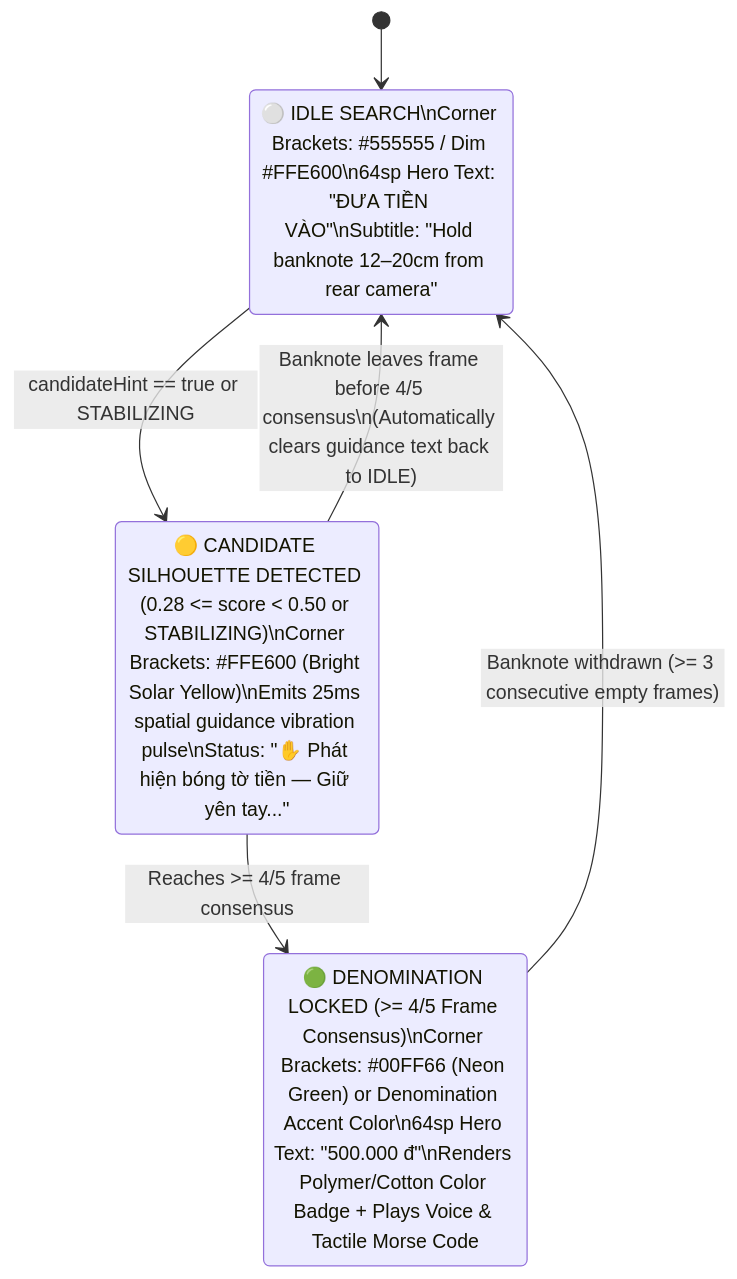
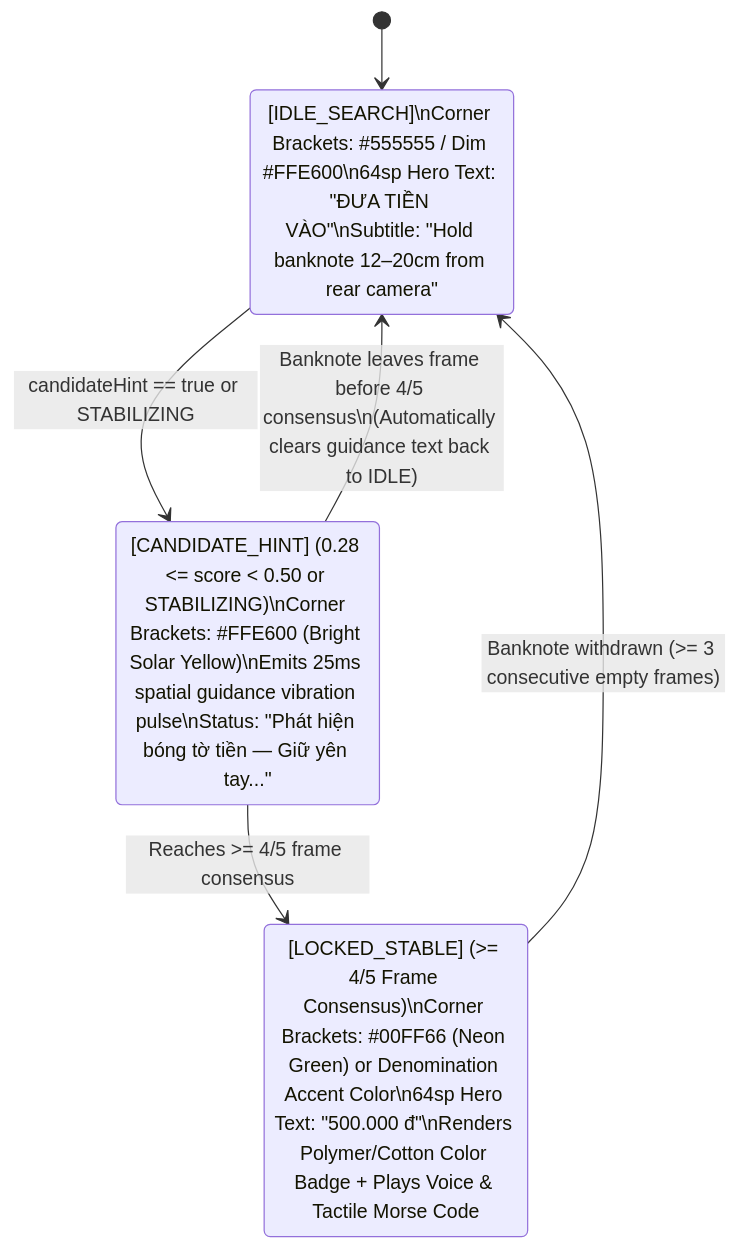
The second of 7 diagrams in docs/BLIND_FIRST_UI_UX_SPECIFICATION.en.md (hezioquan12/vietnamese-money-vision), drawn with Mermaid before and after one commit. The commit also changed other lines of this file and 4 other files, not shown here.

Commit message:
docs: standardize technical specifications, remove sprint tickets and de-slop diagrams

````diff
--- a/docs/BLIND_FIRST_UI_UX_SPECIFICATION.en.md
+++ b/docs/BLIND_FIRST_UI_UX_SPECIFICATION.en.md
@@ -58,12 +58,12 @@
 ```mermaid
 stateDiagram-v2
     [*] --> IDLE_SEARCH
-    IDLE_SEARCH: ⚪ IDLE SEARCH\nCorner Brackets: #555555 / Dim #FFE600\n64sp Hero Text: "ĐƯA TIỀN VÀO"\nSubtitle: "Hold banknote 12–20cm from rear camera"
-    CANDIDATE_HINT: 🟡 CANDIDATE SILHOUETTE DETECTED (0.28 <= score < 0.50 or STABILIZING)\nCorner Brackets: #FFE600 (Bright Solar Yellow)\nEmits 25ms spatial guidance vibration pulse\nStatus: "✋ Phát hiện bóng tờ tiền — Giữ yên tay..."
-    LOCKED_STABLE: 🟢 DENOMINATION LOCKED (>= 4/5 Frame Consensus)\nCorner Brackets: #00FF66 (Neon Green) or Denomination Accent Color\n64sp Hero Text: "500.000 đ"\nRenders Polymer/Cotton Color Badge + Plays Voice & Tactile Morse Code
+    IDLE_SEARCH: [IDLE_SEARCH]\nCorner Brackets: #555555 / Dim #FFE600\n64sp Hero Text: "ĐƯA TIỀN VÀO"\nSubtitle: "Hold banknote 12–20cm from rear camera"
+    CANDIDATE_HINT: [CANDIDATE_HINT] (0.28 <= score < 0.50 or STABILIZING)\nCorner Brackets: #FFE600 (Bright Solar Yellow)\nEmits 25ms spatial guidance vibration pulse\nStatus: "Phát hiện bóng tờ tiền — Giữ yên tay..."
+    LOCKED_STABLE: [LOCKED_STABLE] (>= 4/5 Frame Consensus)\nCorner Brackets: #00FF66 (Neon Green) or Denomination Accent Color\n64sp Hero Text: "500.000 đ"\nRenders Polymer/Cotton Color Badge + Plays Voice & Tactile Morse Code
 
     IDLE_SEARCH --> CANDIDATE_HINT: candidateHint == true or STABILIZING
     CANDIDATE_HINT --> IDLE_SEARCH: Banknote leaves frame before 4/5 consensus\n(Automatically clears guidance text back to IDLE)
     CANDIDATE_HINT --> LOCKED_STABLE: Reaches >= 4/5 frame consensus
     LOCKED_STABLE --> IDLE_SEARCH: Banknote withdrawn (>= 3 consecutive empty frames)
 ```
````
